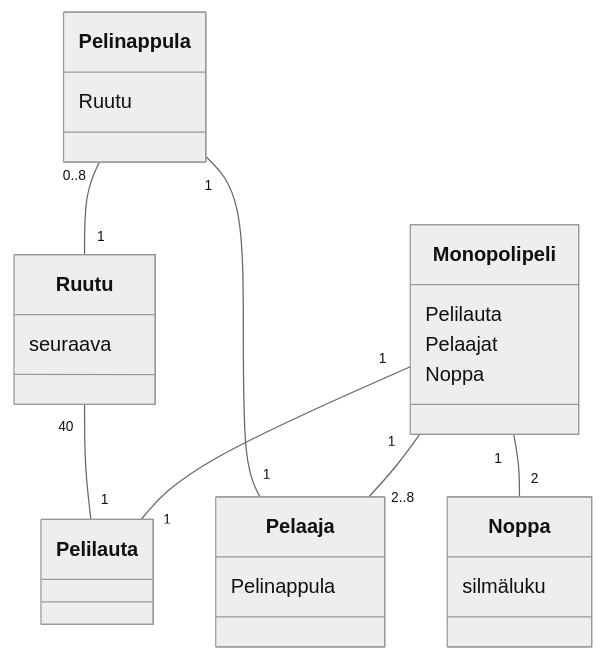
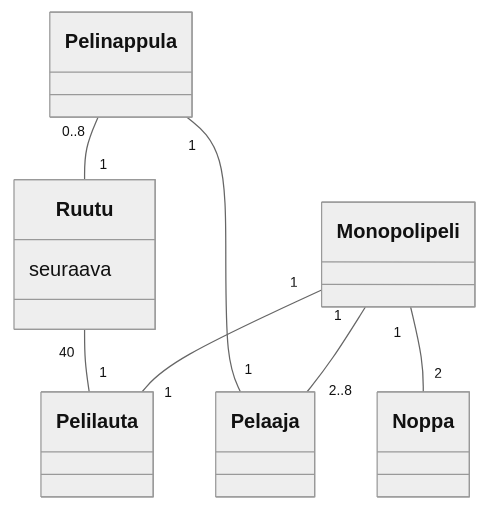
One commit to SaijaGit/ot-harjoitustyo changed the diagram in laskarit/viikko3/monopoli.md. Above: the diagram before and after it, drawn with Mermaid (neutral theme). The commit also changed 1 other file, not shown here.

Commit message:
Updated viikko3

````diff
--- a/laskarit/viikko3/monopoli.md
+++ b/laskarit/viikko3/monopoli.md
@@ -10,34 +10,28 @@
 ```mermaid
 classDiagram
     Monopolipeli "1" -- "1" Pelilauta
     Monopolipeli "1" -- "2..8" Pelaaja
     Monopolipeli "1" -- "2" Noppa
 
     class Monopolipeli{
-        Pelilauta
-        Pelaajat
-        Noppa
     }
 
     Ruutu "40" -- "1" Pelilauta 
     class Ruutu{
         seuraava
     }
 
     class Noppa{
-        silmäluku
     }
 
     class Pelaaja{
-        Pelinappula
     }
 
     Pelinappula "1" -- "1" Pelaaja
     Pelinappula "0..8" -- "1" Ruutu
     class Pelinappula{
-        Ruutu
     }
 
 
 
 ```
````
